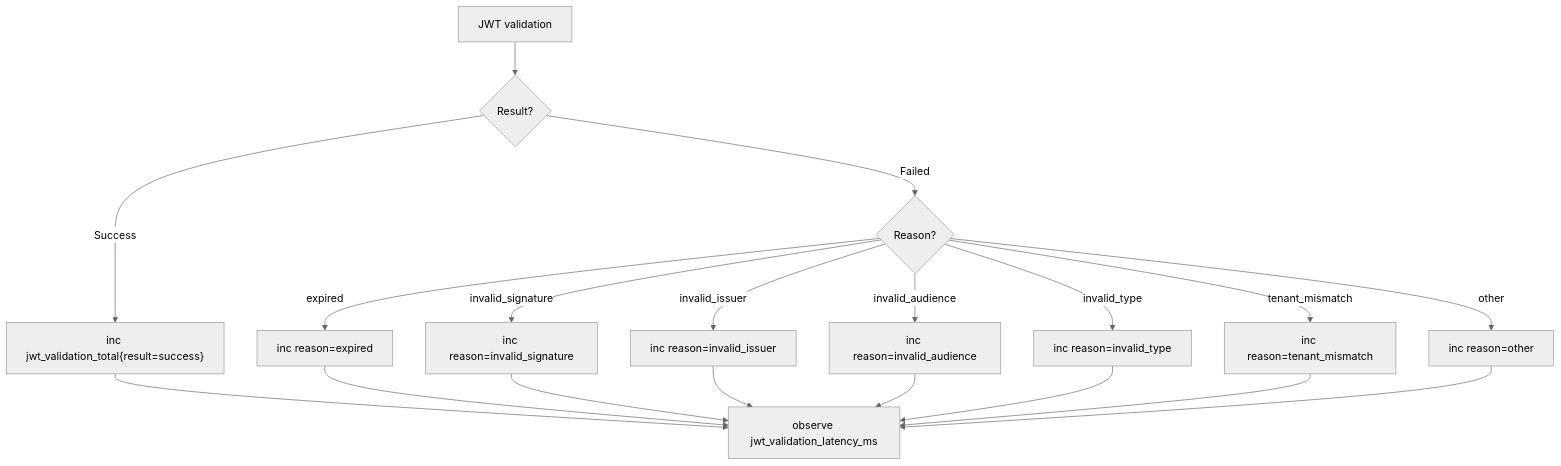
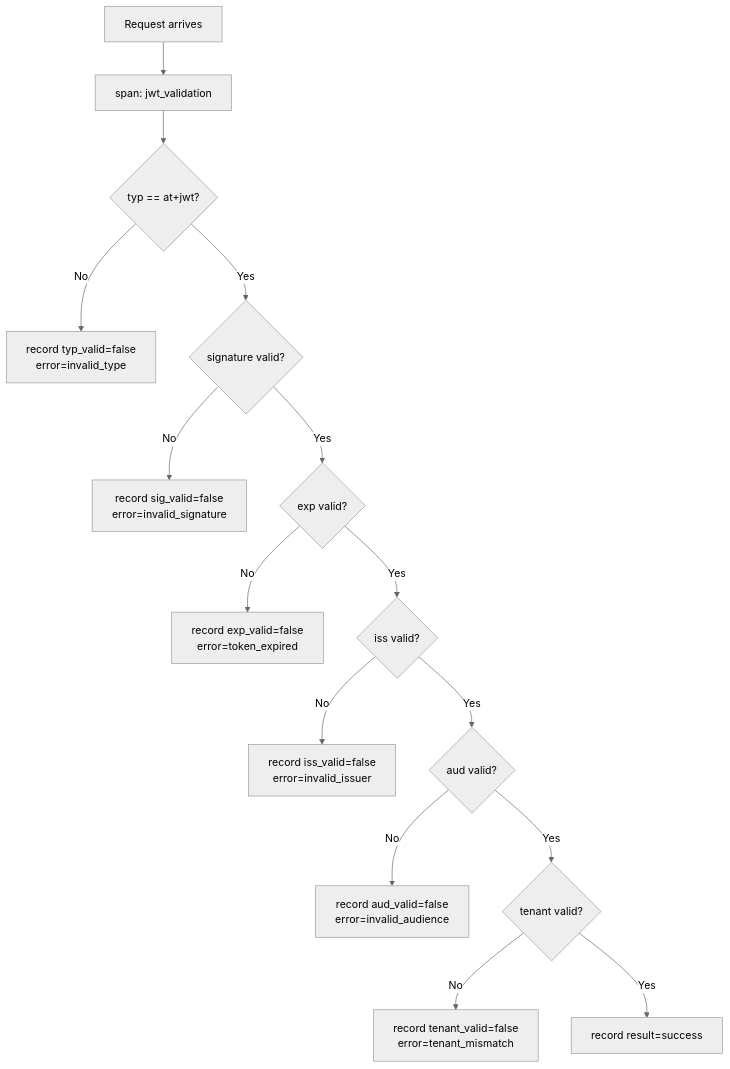
One commit to microscaler/sesame-idam changed the second of 2 diagrams in docs/Epics/09-observability/stories/story-9.1.md. Above: the diagram before and after it, drawn with Mermaid (neutral theme). The commit also changed other lines of this file and 2 other files, not shown here.

````diff
--- a/docs/Epics/09-observability/stories/story-9.1.md
+++ b/docs/Epics/09-observability/stories/story-9.1.md
@@ -108,22 +145,17 @@
 ```mermaid
 flowchart TD
-    A[JWT validation] --> B{Result?}
-    B -->|Success| C["inc jwt_validation_total{result=success}"]
-    B -->|Failed| D{Reason?}
-    D -->|expired| E[inc reason=expired]
-    D -->|invalid_signature| F[inc reason=invalid_signature]
-    D -->|invalid_issuer| G[inc reason=invalid_issuer]
-    D -->|invalid_audience| H[inc reason=invalid_audience]
-    D -->|invalid_type| I[inc reason=invalid_type]
-    D -->|tenant_mismatch| J[inc reason=tenant_mismatch]
-    D -->|other| K[inc reason=other]
-    
-    C --> L[observe jwt_validation_latency_ms]
-    E --> L
-    F --> L
-    G --> L
-    H --> L
-    I --> L
-    J --> L
-    K --> L
+    A[Request arrives] --> B[span: jwt_validation]
+    B --> C{typ == at+jwt?}
+    C -->|No| D[record typ_valid=false<br/>error=invalid_type]
+    C -->|Yes| E{signature valid?}
+    E -->|No| F[record sig_valid=false<br/>error=invalid_signature]
+    E -->|Yes| G{exp valid?}
+    G -->|No| H[record exp_valid=false<br/>error=token_expired]
+    G -->|Yes| I{iss valid?}
+    I -->|No| J[record iss_valid=false<br/>error=invalid_issuer]
+    I -->|Yes| K{aud valid?}
+    K -->|No| L[record aud_valid=false<br/>error=invalid_audience]
+    K -->|Yes| M{tenant valid?}
+    M -->|No| N[record tenant_valid=false<br/>error=tenant_mismatch]
+    M -->|Yes| O[record result=success]
 ```
````
